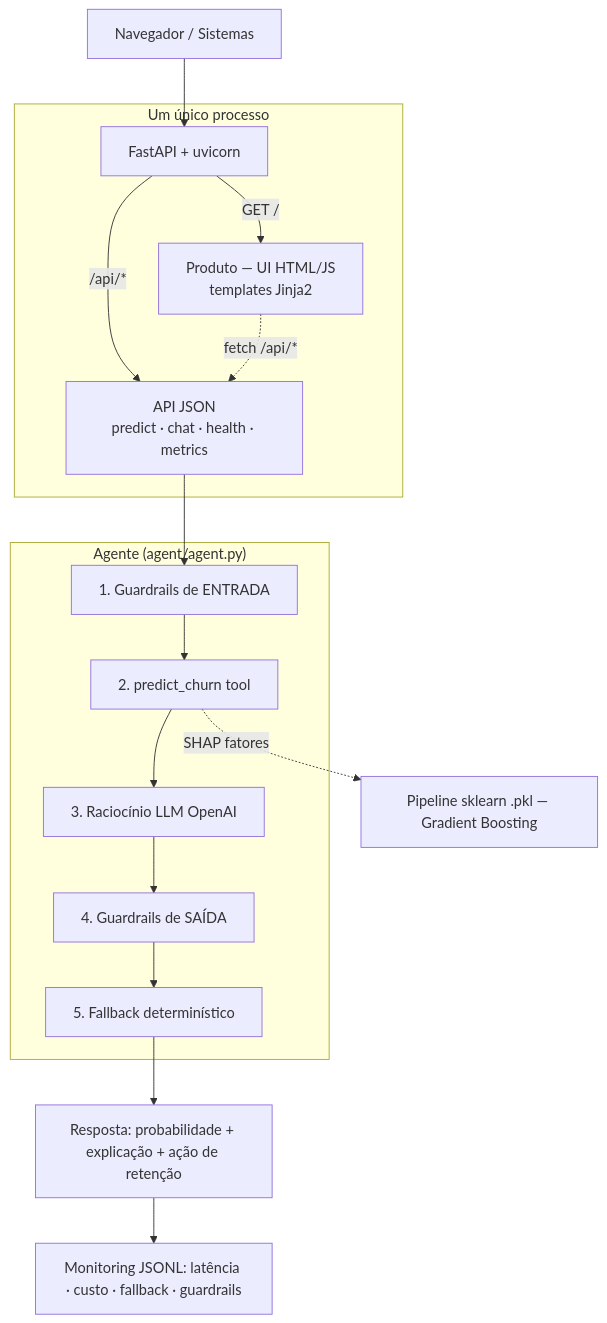
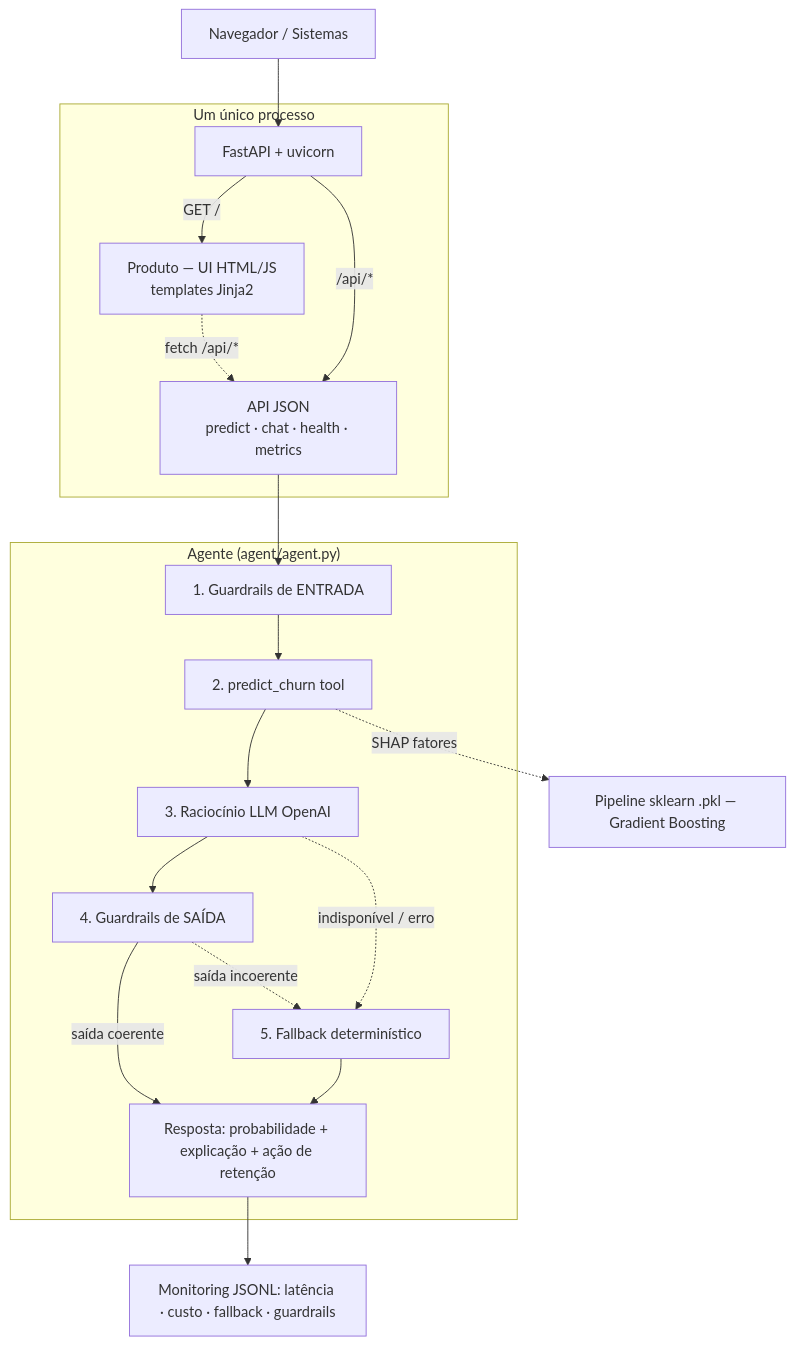
The first of 3 diagrams in docs/arquitetura.md (lcsgborges/churn-predictor), drawn with Mermaid before and after one commit. The commit also changed other lines of this file and 10 other files, not shown here.

````diff
--- a/docs/arquitetura.md
+++ b/docs/arquitetura.md
@@ -5,24 +5,26 @@
 ```mermaid
 flowchart TD
     Nav[Navegador / Sistemas] --> APP["FastAPI + uvicorn"]
 
     subgraph proc["Um único processo"]
         APP -->|"GET /"| UI[Produto — UI HTML/JS<br/>templates Jinja2]
         APP -->|"/api/*"| API[API JSON<br/>predict · chat · health · metrics]
     end
 
     UI -. "fetch /api/*" .-> API
     API --> AG
 
     subgraph agente["Agente (agent/agent.py)"]
         AG[1. Guardrails de ENTRADA] --> TOOL[2. predict_churn tool]
         TOOL --> LLM[3. Raciocínio LLM OpenAI]
         LLM --> OUT[4. Guardrails de SAÍDA]
-        OUT --> FB[5. Fallback determinístico]
+        OUT -->|saída coerente| RESP
+        LLM -.->|indisponível / erro| FB[5. Fallback determinístico]
+        OUT -.->|saída incoerente| FB
     end
 
     TOOL -.->|SHAP fatores| ML["Pipeline sklearn .pkl — Gradient Boosting"]
 
     FB --> RESP[Resposta: probabilidade + explicação + ação de retenção]
     RESP --> MON["Monitoring JSONL: latência · custo · fallback · guardrails"]
 ```
````
